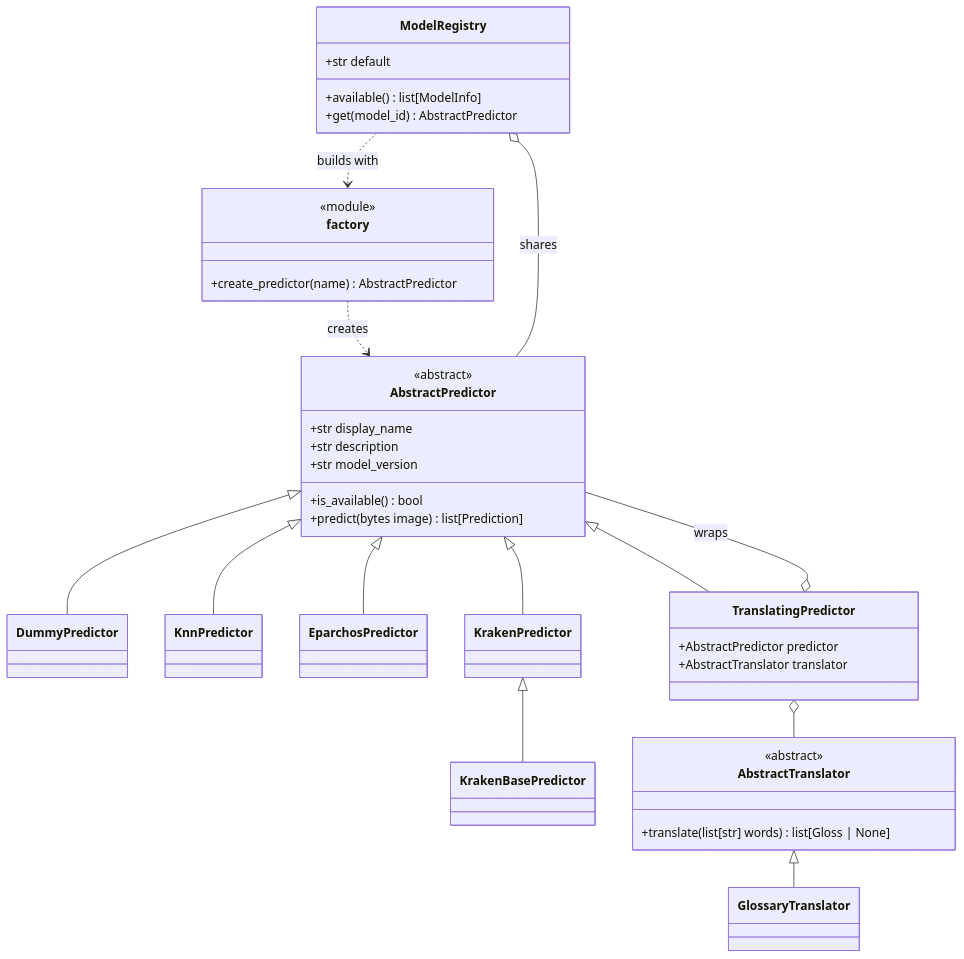
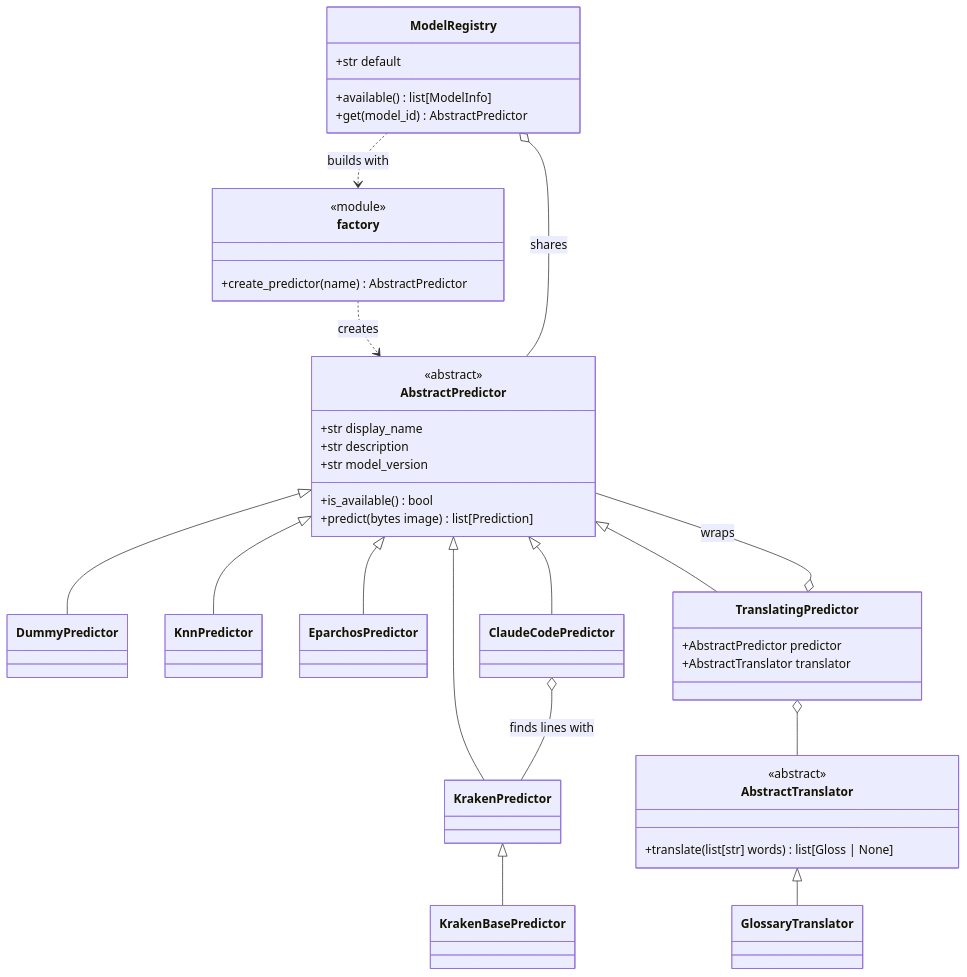
One commit to muhammadov-q/lexis changed the diagram in docs/architecture/design-patterns.md. Above: the diagram before and after it, drawn with Mermaid. The commit also changed other lines of this file and 12 other files, not shown here.

First line of the commit message:
feat(backend): read and translate pages with Claude Code (#93)

````diff
--- a/docs/architecture/design-patterns.md
+++ b/docs/architecture/design-patterns.md
@@ -23,46 +24,49 @@
 ```mermaid
 classDiagram
     class AbstractPredictor {
         <<abstract>>
         +str display_name
         +str description
         +str model_version
         +is_available() bool
         +predict(bytes image) list[Prediction]
     }
     class DummyPredictor
     class KnnPredictor
     class EparchosPredictor
     class KrakenPredictor
     class KrakenBasePredictor
+    class ClaudeCodePredictor
     class TranslatingPredictor {
         +AbstractPredictor predictor
         +AbstractTranslator translator
     }
     class AbstractTranslator {
         <<abstract>>
         +translate(list[str] words) list[Gloss | None]
     }
     class GlossaryTranslator
     class factory {
         <<module>>
         +create_predictor(name) AbstractPredictor
     }
     AbstractPredictor <|-- DummyPredictor
     AbstractPredictor <|-- KnnPredictor
     AbstractPredictor <|-- EparchosPredictor
     AbstractPredictor <|-- KrakenPredictor
     KrakenPredictor <|-- KrakenBasePredictor
+    AbstractPredictor <|-- ClaudeCodePredictor
+    ClaudeCodePredictor o-- KrakenPredictor : finds lines with
     AbstractPredictor <|-- TranslatingPredictor
     TranslatingPredictor o-- AbstractPredictor : wraps
     TranslatingPredictor o-- AbstractTranslator
     AbstractTranslator <|-- GlossaryTranslator
     factory ..> AbstractPredictor : creates
     class ModelRegistry {
         +str default
         +available() list[ModelInfo]
         +get(model_id) AbstractPredictor
     }
     ModelRegistry ..> factory : builds with
     ModelRegistry o-- AbstractPredictor : shares
 ```
````
